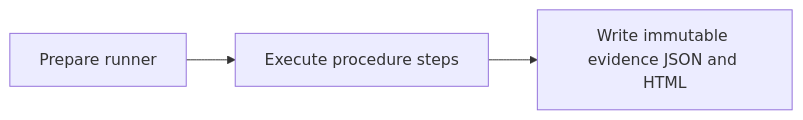
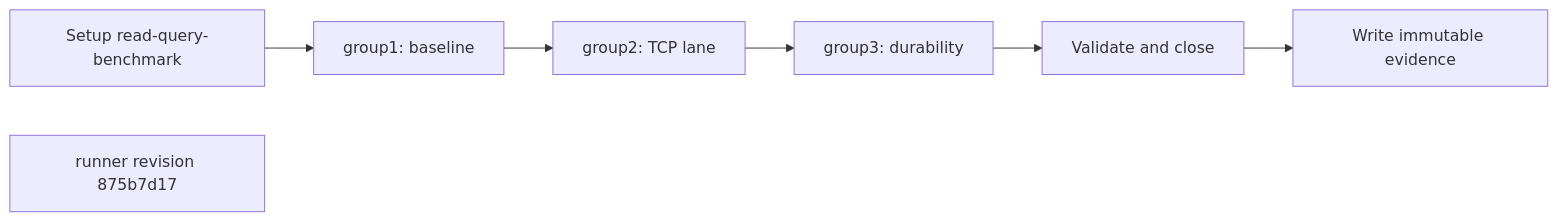
Before and after one commit to randlee/atm-core: the first of 4 diagrams in docs/procedures/read-query-benchmark.md, drawn with Mermaid. The commit also changed other lines of this file and 149 other files, not shown here.

Commit message:
fix: close BB3 procedure-page review findings

````diff
--- a/docs/procedures/read-query-benchmark.md
+++ b/docs/procedures/read-query-benchmark.md
@@ -19,5 +22,15 @@
 ```mermaid
 flowchart LR
-  setup[Prepare runner] --> steps[Execute procedure steps]
-  steps --> evidence[Write immutable evidence JSON and HTML]
+  setup[Setup read-query-benchmark]
+  case1[group1: baseline]
+  case2[group2: TCP lane]
+  case3[group3: durability]
+  teardown[Validate and close]
+  evidence[Write immutable evidence]
+  setup --> case1
+  case1 --> case2
+  case2 --> case3
+  case3 --> teardown
+  teardown --> evidence
+  note[runner revision 875b7d17]:::revision
 ```
````
